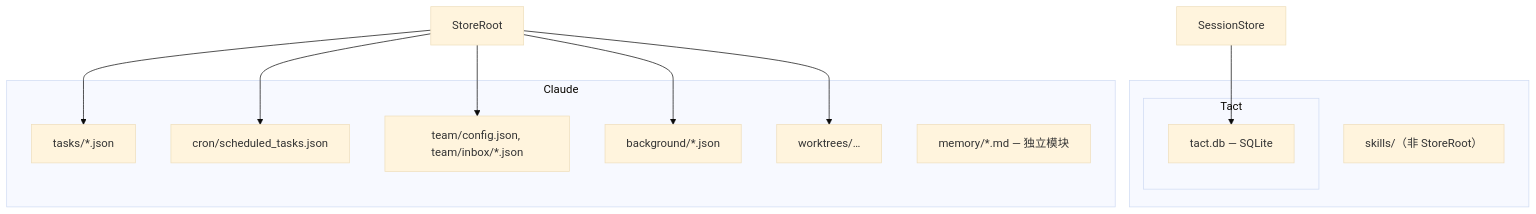
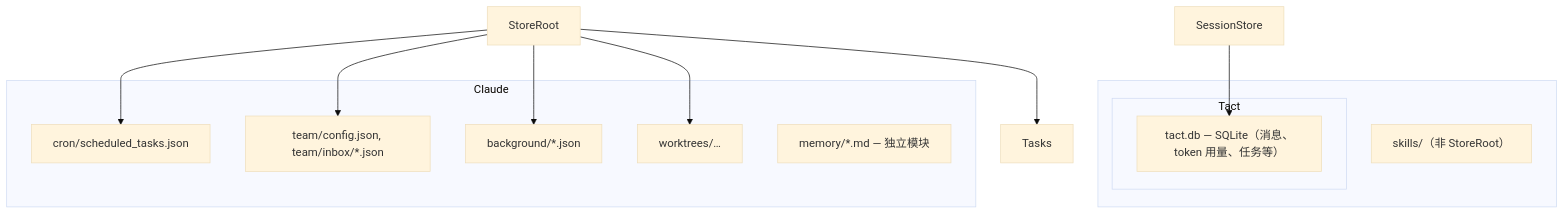
One commit to rust-infra/tact changed the first of 2 diagrams in book/01_chapter_store_zh.md. Above: the diagram before and after it, drawn with Mermaid (base theme). The commit also changed other lines of this file and 16 other files, not shown here.

First line of the commit message:
feat(task): migrate tasks storage from JSON files to SQLite

````diff
--- a/book/01_chapter_store_zh.md
+++ b/book/01_chapter_store_zh.md
@@ -20,29 +20,28 @@
 ```mermaid
 graph TB
     subgraph Workdir["<workdir>"]
         Tact[".tact/"]
         Tact[".tact/"]
         Skills["skills/（非 StoreRoot）"]
     end
 
     subgraph Tact
-        DB["tact.db — SQLite"]
+        DB["tact.db — SQLite（消息、token 用量、任务等）"]
     end
 
     subgraph Claude
-        Tasks["tasks/*.json"]
         Cron["cron/scheduled_tasks.json"]
         Team["team/config.json, team/inbox/*.json"]
         BG["background/*.json"]
         WT["worktrees/…"]
         Mem["memory/*.md — 独立模块"]
     end
 
     SR[StoreRoot] --> Tasks
     SR --> Cron
     SR --> Team
     SR --> BG
     SR --> WT
 
     SS[SessionStore] --> DB
 ```
````
